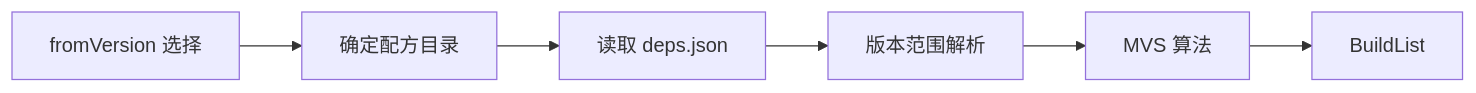
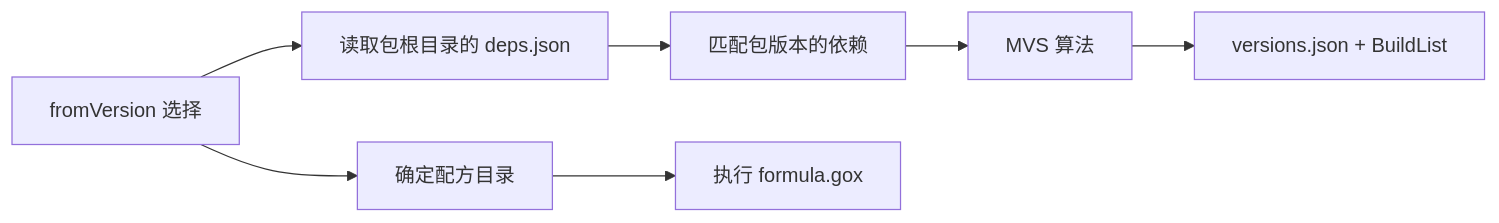
One commit to goplus/llar changed the fourth of 4 diagrams in docs/formula-version-design.md. Above: the diagram before and after it, drawn with Mermaid. The commit also changed other lines of this file and 3 other files, not shown here.

````diff
--- a/docs/formula-version-design.md
+++ b/docs/formula-version-design.md
@@ -165,8 +176,9 @@
 ```mermaid
 graph LR
 A["fromVersion 选择"] --> B["确定配方目录"]
-B --> C["读取 deps.json"]
-C --> D["版本范围解析"]
+A --> C["读取包根目录的 deps.json"]
+C --> D["匹配包版本的依赖"]
 D --> E["MVS 算法"]
-E --> F["BuildList"]
+E --> F["versions.json + BuildList"]
+B --> G["执行 formula.gox"]
 ```
````
